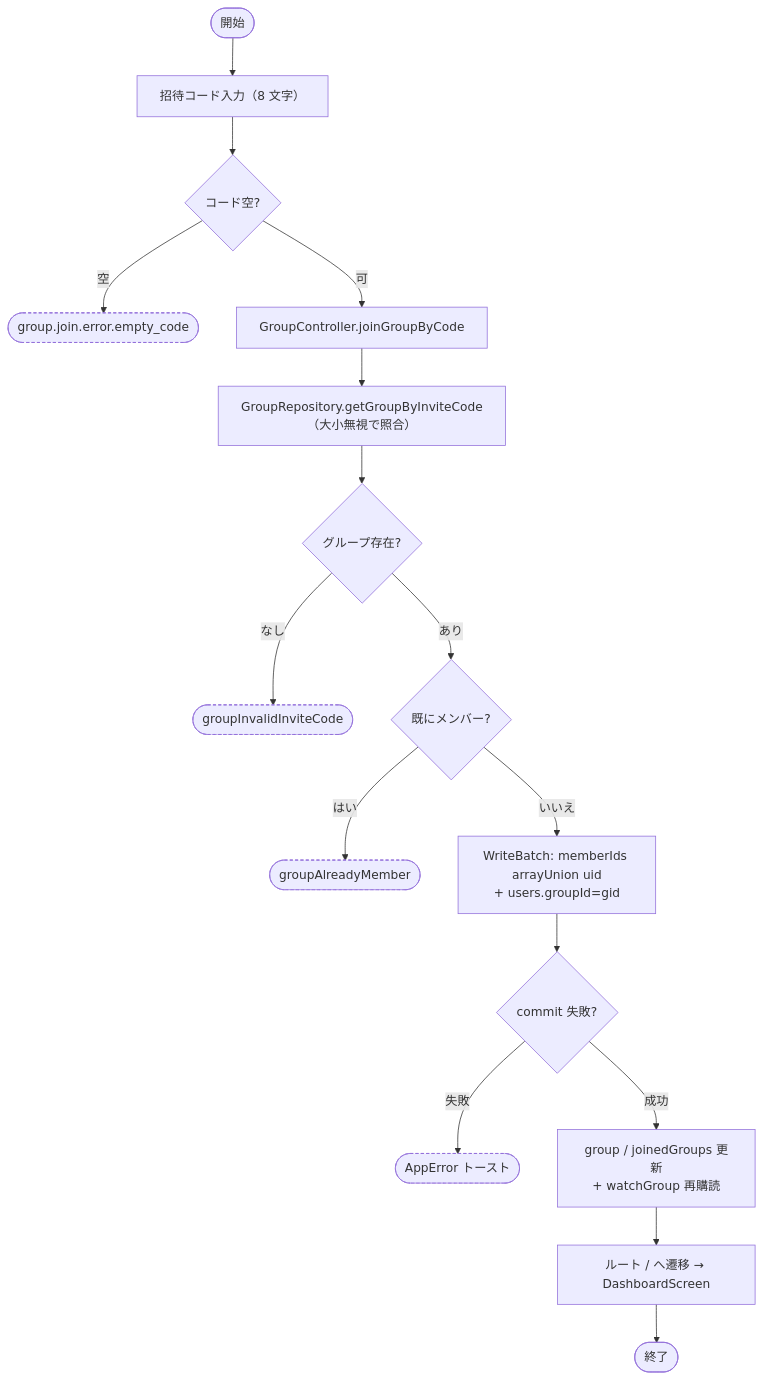
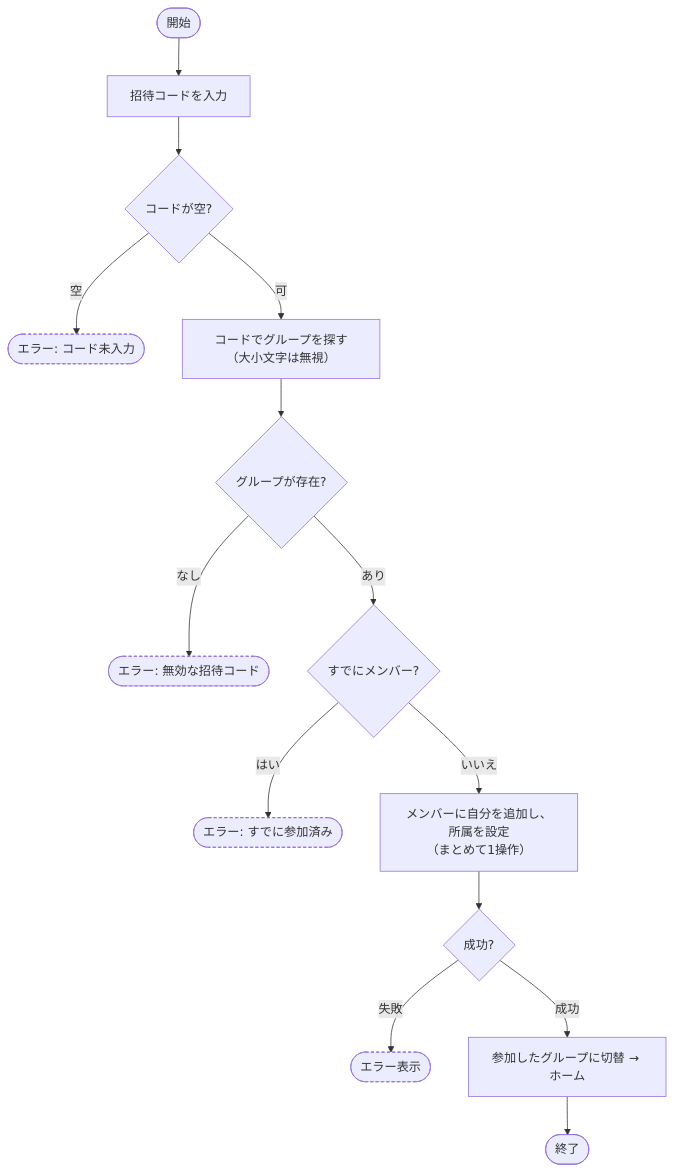
Before and after one commit to ekusy/shopping-list-app-flutter: diagram 12 of 28 in docs/内部設計/アクティビティ図.md, drawn with Mermaid. The commit also changed other lines of this file, not shown here.

First line of the commit message:
docs: アクティビティ図を処理の流れ・分岐の説明に集中させて改稿

````diff
--- a/docs/内部設計/アクティビティ図.md
+++ b/docs/内部設計/アクティビティ図.md
@@ -210,19 +191,17 @@
 ```mermaid
 flowchart TD
-    S([開始]) --> IN[招待コード入力（8 文字）]
-    IN --> V{コード空?}
-    V -->|空| E0([group.join.error.empty_code]):::err
-    V -->|可| C[GroupController.joinGroupByCode]
-    C --> GET[GroupRepository.getGroupByInviteCode\n（大小無視で照合）]
-    GET --> Q1{グループ存在?}
-    Q1 -->|なし| E1([groupInvalidInviteCode]):::err
-    Q1 -->|あり| Q2{既にメンバー?}
-    Q2 -->|はい| E2([groupAlreadyMember]):::err
-    Q2 -->|いいえ| B[WriteBatch: memberIds arrayUnion uid\n+ users.groupId=gid]
-    B --> Q3{commit 失敗?}
-    Q3 -->|失敗| E3([AppError トースト]):::err
-    Q3 -->|成功| OK[group / joinedGroups 更新\n+ watchGroup 再購読]
-    OK --> RT[ルート / へ遷移 → DashboardScreen]
-    RT --> E([終了])
+    S([開始]) --> IN[招待コードを入力]
+    IN --> V{コードが空?}
+    V -->|空| E0([エラー: コード未入力]):::err
+    V -->|可| GET[コードでグループを探す（大小文字は無視）]
+    GET --> Q1{グループが存在?}
+    Q1 -->|なし| E1([エラー: 無効な招待コード]):::err
+    Q1 -->|あり| Q2{すでにメンバー?}
+    Q2 -->|はい| E2([エラー: すでに参加済み]):::err
+    Q2 -->|いいえ| B[メンバーに自分を追加し、所属を設定\n（まとめて1操作）]
+    B --> Q3{成功?}
+    Q3 -->|失敗| E3([エラー表示]):::err
+    Q3 -->|成功| OK[参加したグループに切替 → ホーム]
+    OK --> E([終了])
     classDef err stroke-dasharray: 4 3
 ```
````
